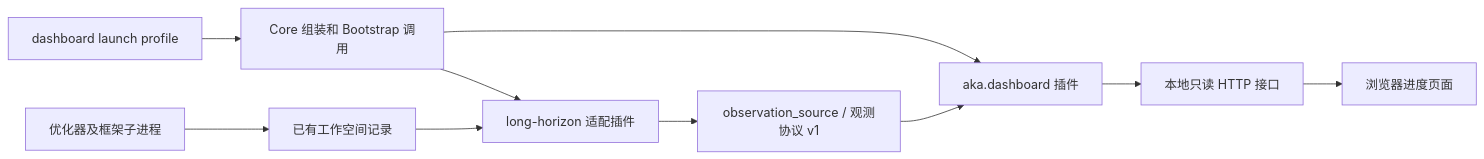
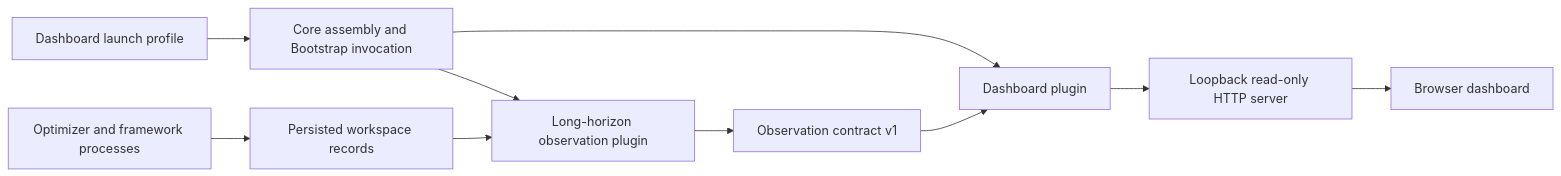
One commit to alibaba/atrex-kernel-agent changed the first of 3 diagrams in docs/optimization-dashboard.md. Above: the diagram before and after it, drawn with Mermaid. The commit also changed other lines of this file and 6 other files, not shown here.

Commit message:
fix(dashboard): address review contract, failure handling and documentation

````diff
--- a/docs/optimization-dashboard.md
+++ b/docs/optimization-dashboard.md
@@ -28,12 +17,12 @@
 ```mermaid
 flowchart LR
-    OP[优化器及框架子进程] --> WS[已有工作空间记录]
-    LP[dashboard launch profile] --> CORE[Core 组装和 Bootstrap 调用]
-    CORE --> UI[aka.dashboard 插件]
-    CORE --> SOURCE[long-horizon 适配插件]
+    OP[Optimizer and framework processes] --> WS[Persisted workspace records]
+    LP[Dashboard launch profile] --> CORE[Core assembly and Bootstrap invocation]
+    CORE --> SOURCE[Long-horizon observation plugin]
+    CORE --> UI[Dashboard plugin]
     WS --> SOURCE
-    SOURCE --> CONTRACT[observation_source / 观测协议 v1]
+    SOURCE --> CONTRACT[Observation contract v1]
     CONTRACT --> UI
-    UI --> HTTP[本地只读 HTTP 接口]
-    HTTP --> PAGE[浏览器进度页面]
+    UI --> HTTP[Loopback read-only HTTP server]
+    HTTP --> PAGE[Browser dashboard]
 ```
````
